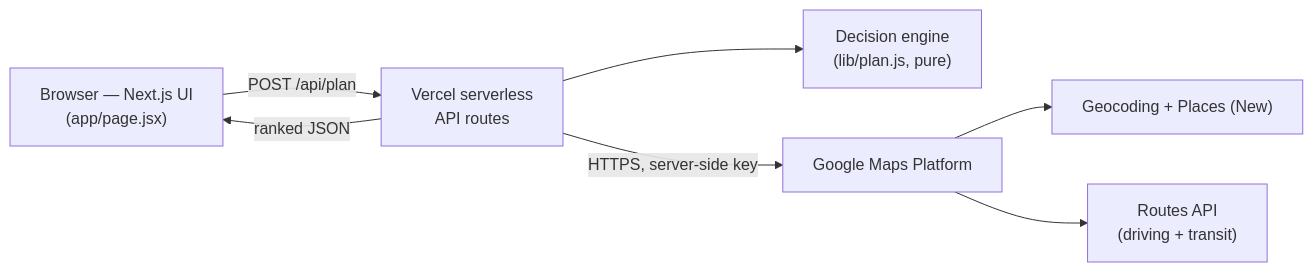
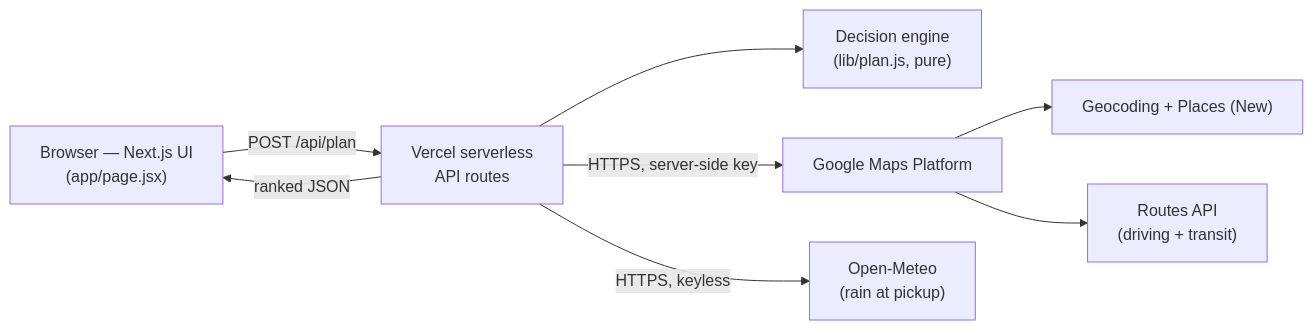
The first of 2 diagrams in architecture.md (anvitakodru/FareWise), drawn with Mermaid before and after one commit. The commit also changed other lines of this file and 2 other files, not shown here.

Commit message:
Remove fare-override panel; update README + architecture for rain and the current model

````diff
--- a/architecture.md
+++ b/architecture.md
@@ -9,9 +9,10 @@
 ```mermaid
 flowchart LR
     B["Browser — Next.js UI<br/>(app/page.jsx)"] -->|"POST /api/plan"| V["Vercel serverless<br/>API routes"]
     V --> E["Decision engine<br/>(lib/plan.js, pure)"]
     V -->|"HTTPS, server-side key"| GM["Google Maps Platform"]
     GM --> GEO["Geocoding + Places (New)"]
     GM --> RT["Routes API<br/>(driving + transit)"]
+    V -->|"HTTPS, keyless"| WX["Open-Meteo<br/>(rain at pickup)"]
     V -->|"ranked JSON"| B
 ```
````
